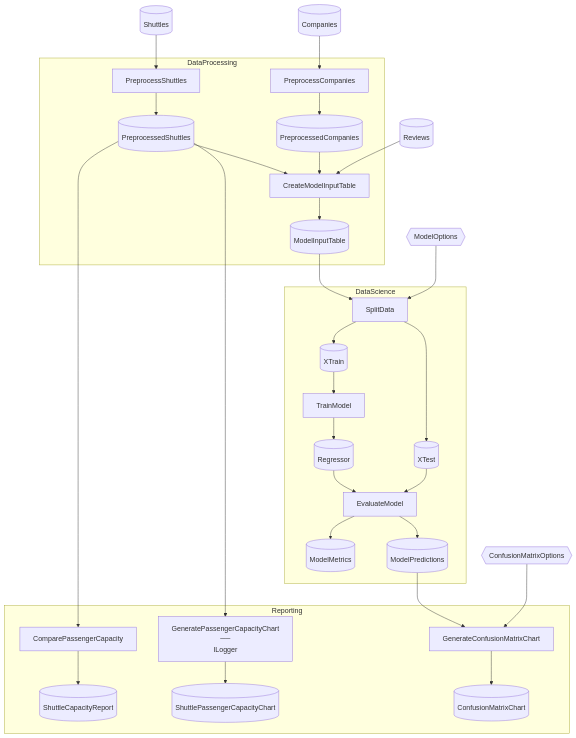
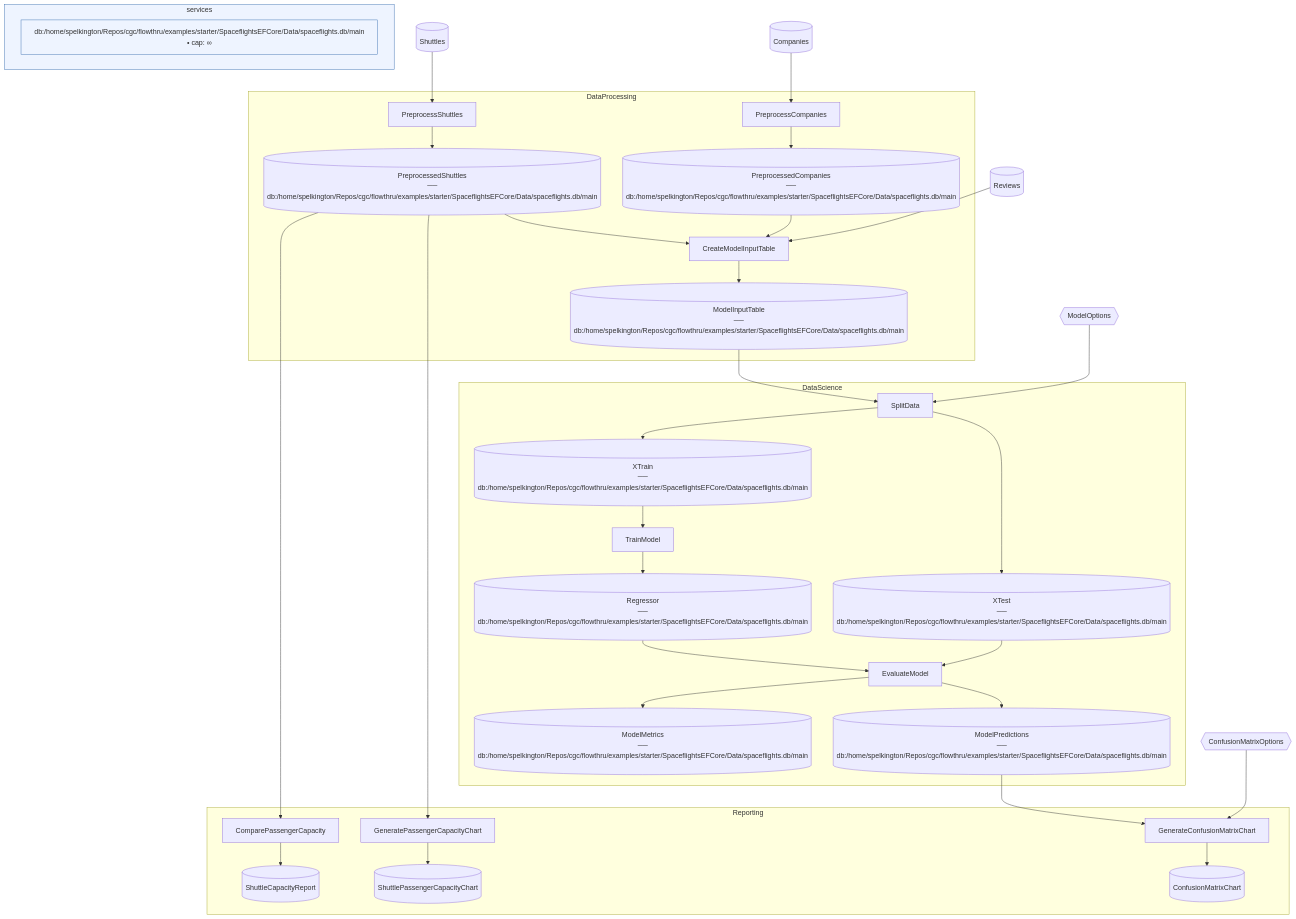
Before and after one commit to chaoticgoodcomputing/flowthru: the diagram in examples/starter/SpaceflightsEFCore/README.md, drawn with Mermaid. The commit also changed 18 other files, not shown here.

````diff
--- a/examples/starter/SpaceflightsEFCore/README.md
+++ b/examples/starter/SpaceflightsEFCore/README.md
@@ -41,67 +41,75 @@
 ```mermaid
 flowchart TB
 
     %% External Data Inputs
     Companies[("Companies")]
     ConfusionMatrixOptions{{"ConfusionMatrixOptions"}}
     ModelOptions{{"ModelOptions"}}
     Reviews[("Reviews")]
     Shuttles[("Shuttles")]
 
     subgraph DataProcessing["DataProcessing"]
         PreprocessCompanies["PreprocessCompanies"]
-        PreprocessedCompanies[("PreprocessedCompanies")]
+        PreprocessedCompanies[("PreprocessedCompanies<br>──<br>db:/home/spelkington/Repos/cgc/flowthru/examples/starter/SpaceflightsEFCore/Data/spaceflights.db/main")]
         PreprocessShuttles["PreprocessShuttles"]
-        PreprocessedShuttles[("PreprocessedShuttles")]
+        PreprocessedShuttles[("PreprocessedShuttles<br>──<br>db:/home/spelkington/Repos/cgc/flowthru/examples/starter/SpaceflightsEFCore/Data/spaceflights.db/main")]
         CreateModelInputTable["CreateModelInputTable"]
-        ModelInputTable[("ModelInputTable")]
+        ModelInputTable[("ModelInputTable<br>──<br>db:/home/spelkington/Repos/cgc/flowthru/examples/starter/SpaceflightsEFCore/Data/spaceflights.db/main")]
     end
 
     subgraph DataScience["DataScience"]
         SplitData["SplitData"]
-        XTrain[("XTrain")]
-        XTest[("XTest")]
+        XTrain[("XTrain<br>──<br>db:/home/spelkington/Repos/cgc/flowthru/examples/starter/SpaceflightsEFCore/Data/spaceflights.db/main")]
+        XTest[("XTest<br>──<br>db:/home/spelkington/Repos/cgc/flowthru/examples/starter/SpaceflightsEFCore/Data/spaceflights.db/main")]
         TrainModel["TrainModel"]
-        Regressor[("Regressor")]
+        Regressor[("Regressor<br>──<br>db:/home/spelkington/Repos/cgc/flowthru/examples/starter/SpaceflightsEFCore/Data/spaceflights.db/main")]
         EvaluateModel["EvaluateModel"]
-        ModelMetrics[("ModelMetrics")]
-        ModelPredictions[("ModelPredictions")]
+        ModelMetrics[("ModelMetrics<br>──<br>db:/home/spelkington/Repos/cgc/flowthru/examples/starter/SpaceflightsEFCore/Data/spaceflights.db/main")]
+        ModelPredictions[("ModelPredictions<br>──<br>db:/home/spelkington/Repos/cgc/flowthru/examples/starter/SpaceflightsEFCore/Data/spaceflights.db/main")]
     end
 
     subgraph Reporting["Reporting"]
         ComparePassengerCapacity["ComparePassengerCapacity"]
         ShuttleCapacityReport[("ShuttleCapacityReport")]
-        GeneratePassengerCapacityChart["GeneratePassengerCapacityChart<br>──<br>ILogger"]
+        GeneratePassengerCapacityChart["GeneratePassengerCapacityChart"]
         ShuttlePassengerCapacityChart[("ShuttlePassengerCapacityChart")]
         GenerateConfusionMatrixChart["GenerateConfusionMatrixChart"]
         ConfusionMatrixChart[("ConfusionMatrixChart")]
     end
+
+    %% Service legend
+    subgraph service_legend["services"]
+        svc_efcore_Microsoft_EntityFrameworkCore_Sqlite__home_spelkington_Repos_cgc_flowthru_examples_starter_SpaceflightsEFCore_Data_spaceflights_db_main["db:/home/spelkington/Repos/cgc/flowthru/examples/starter/SpaceflightsEFCore/Data/spaceflights.db/main<br>• cap: ∞"]
+    end
+    style service_legend fill:#EEF4FF,stroke:#3B6FB0
+    classDef serviceNode fill:#EEF4FF,stroke:#3B6FB0
+    class svc_efcore_Microsoft_EntityFrameworkCore_Sqlite__home_spelkington_Repos_cgc_flowthru_examples_starter_SpaceflightsEFCore_Data_spaceflights_db_main serviceNode
 
     %% Edges
     Companies --> PreprocessCompanies
     PreprocessCompanies --> PreprocessedCompanies
     Shuttles --> PreprocessShuttles
     PreprocessShuttles --> PreprocessedShuttles
     PreprocessedShuttles --> CreateModelInputTable
     PreprocessedCompanies --> CreateModelInputTable
     Reviews --> CreateModelInputTable
     CreateModelInputTable --> ModelInputTable
     PreprocessedShuttles --> ComparePassengerCapacity
     ComparePassengerCapacity --> ShuttleCapacityReport
     PreprocessedShuttles --> GeneratePassengerCapacityChart
     GeneratePassengerCapacityChart --> ShuttlePassengerCapacityChart
     ModelInputTable --> SplitData
     ModelOptions --> SplitData
     SplitData --> XTrain
     SplitData --> XTest
     XTrain --> TrainModel
     TrainModel --> Regressor
     Regressor --> EvaluateModel
     XTest --> EvaluateModel
     EvaluateModel --> ModelMetrics
     EvaluateModel --> ModelPredictions
     ModelPredictions --> GenerateConfusionMatrixChart
     ConfusionMatrixOptions --> GenerateConfusionMatrixChart
     GenerateConfusionMatrixChart --> ConfusionMatrixChart
 
 ```
````
